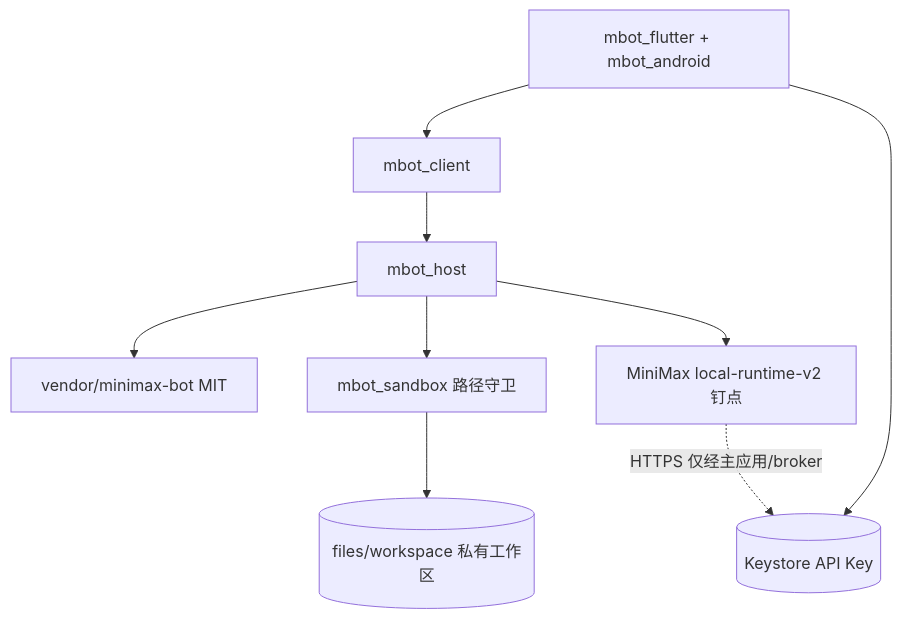
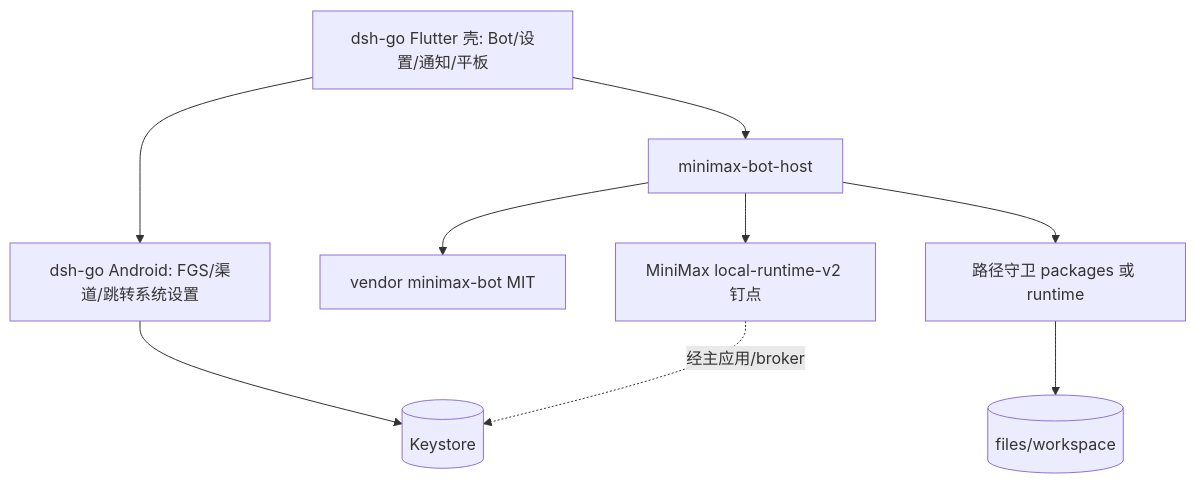
Before and after one commit to Wzdhehe/minimax-bot-android: the diagram in docs/architecture.md, drawn with Mermaid. The commit also changed other lines of this file, not shown here.

First line of the commit message:
docs: revise architecture for AGPL open-source shell-keep core-swap

````diff
--- a/docs/architecture.md
+++ b/docs/architecture.md
@@ -71,19 +53,19 @@
 ```mermaid
 flowchart TB
-  UI[mbot_flutter + mbot_android]
-  Client[mbot_client]
-  Host[mbot_host]
-  Bot[vendor/minimax-bot MIT]
+  UI[dsh-go Flutter 壳: Bot/设置/通知/平板]
+  Native[dsh-go Android: FGS/渠道/跳转系统设置]
+  Host[minimax-bot-host]
+  Bot[vendor minimax-bot MIT]
   RT[MiniMax local-runtime-v2 钉点]
-  SB[mbot_sandbox 路径守卫]
-  WS[(files/workspace 私有工作区)]
-  Key[(Keystore API Key)]
+  SB[路径守卫 packages 或 runtime]
+  WS[(files/workspace)]
+  Key[(Keystore)]
 
-  UI --> Client --> Host
+  UI --> Native
+  UI --> Host
   Host --> Bot
   Host --> RT
-  Host --> SB
-  SB --> WS
-  UI --> Key
-  RT -.->|HTTPS 仅经主应用/broker| Key
+  Host --> SB --> WS
+  Native --> Key
+  RT -.->|经主应用/broker| Key
 ```
````
